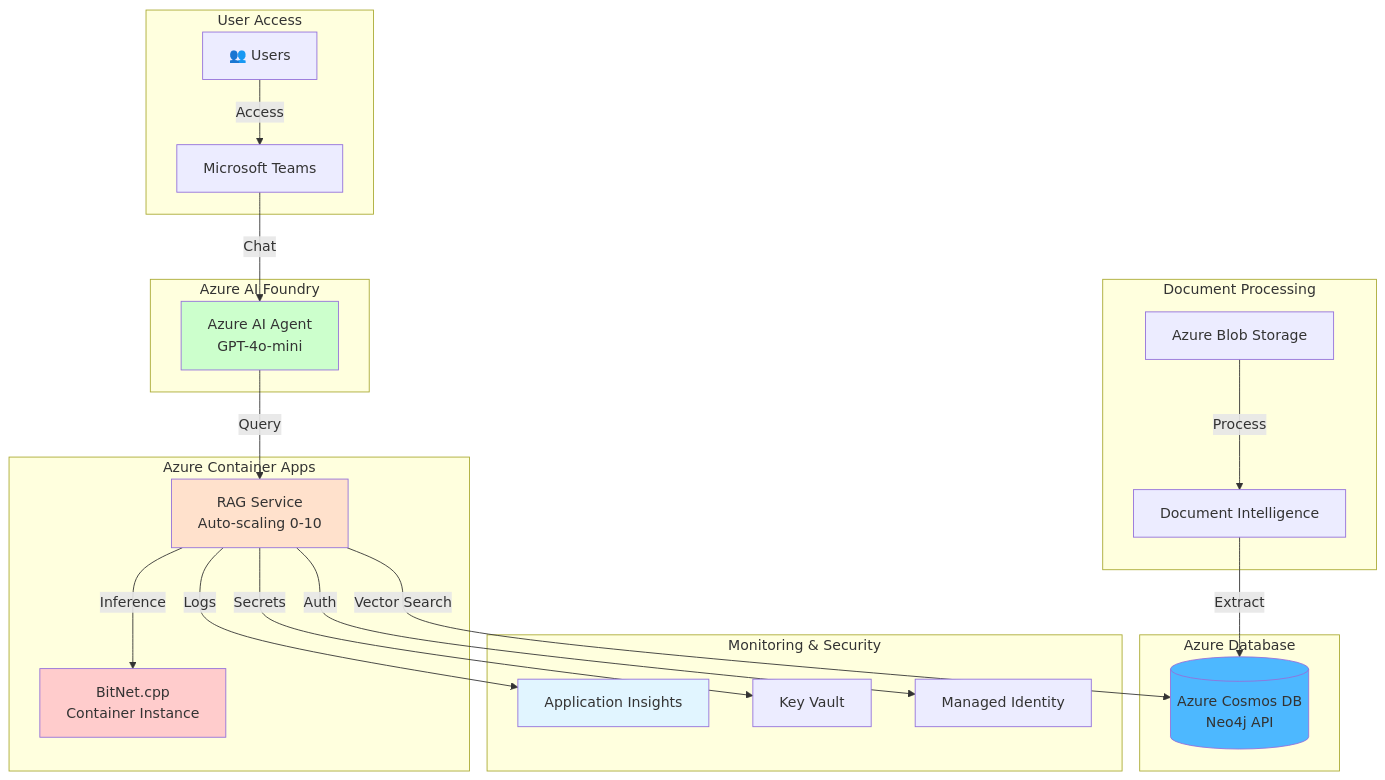
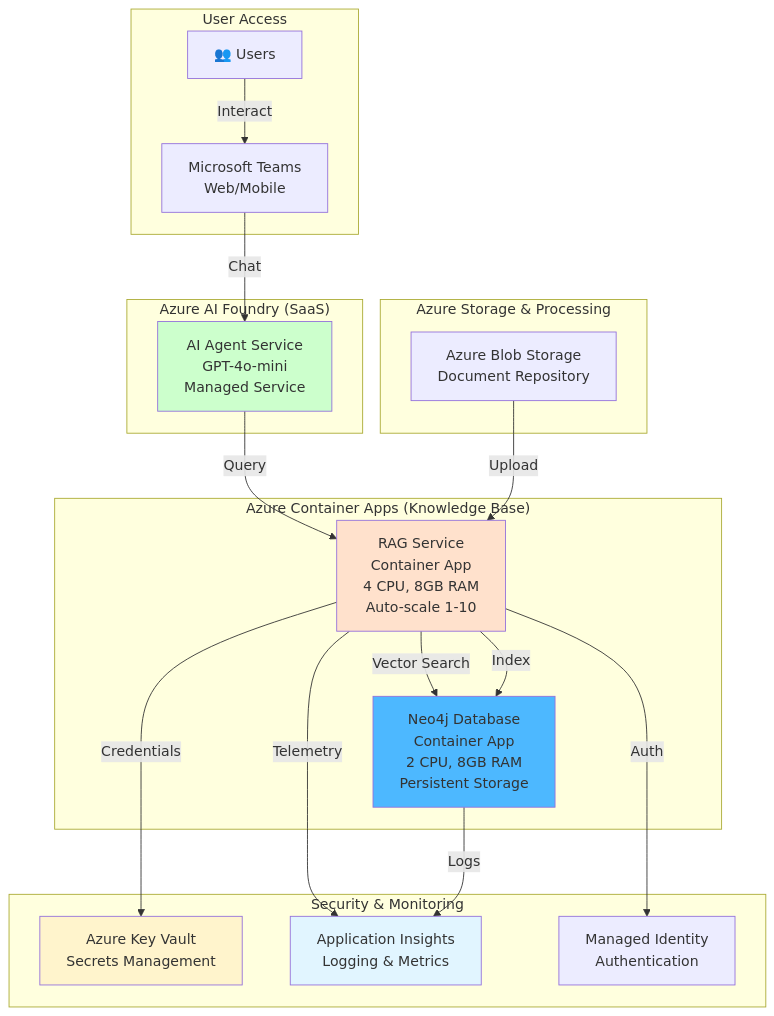
Before and after one commit to ma3u/neo4j-agentframework: the second of 2 diagrams in README.md, drawn with Mermaid. The commit also changed other lines of this file and 55 other files, not shown here.

First line of the commit message:
Comprehensive Playwright test suite, UI fixes, and Azure Container Apps architecture

````diff
--- a/README.md
+++ b/README.md
@@ -102,48 +110,44 @@
 ```mermaid
 graph TB
     subgraph "User Access"
         Users[👥 Users]
-        Teams[Microsoft Teams]
-        Users -->|Access| Teams
+        Teams[Microsoft Teams<br/>Web/Mobile]
+        Users -->|Interact| Teams
     end
 
-    subgraph "Azure AI Foundry"
-        Agent[Azure AI Agent<br/>GPT-4o-mini]
+    subgraph "Azure AI Foundry (SaaS)"
+        Agent[AI Agent Service<br/>GPT-4o-mini<br/>Managed Service]
         Teams -->|Chat| Agent
     end
 
-    subgraph "Azure Container Apps"
-        RAGAPI[RAG Service<br/>Auto-scaling 0-10]
-        BitNetContainer[BitNet.cpp<br/>Container Instance]
-        Agent -->|Query| RAGAPI
-        RAGAPI -->|Inference| BitNetContainer
+    subgraph "Azure Container Apps (Knowledge Base)"
+        Neo4jContainer[Neo4j Database<br/>Container App<br/>2 CPU, 8GB RAM<br/>Persistent Storage]
+        RAGContainer[RAG Service<br/>Container App<br/>4 CPU, 8GB RAM<br/>Auto-scale 1-10]
+
+        Agent -->|Query| RAGContainer
+        RAGContainer -->|Vector Search| Neo4jContainer
     end
 
-    subgraph "Azure Database"
-        CosmosNeo4j[(Azure Cosmos DB<br/>Neo4j API)]
-        RAGAPI -->|Vector Search| CosmosNeo4j
+    subgraph "Azure Storage & Processing"
+        BlobStorage[Azure Blob Storage<br/>Document Repository]
+        BlobStorage -->|Upload| RAGContainer
+        RAGContainer -->|Index| Neo4jContainer
     end
 
-    subgraph "Document Processing"
-        Storage[Azure Blob Storage]
-        DocIntel[Document Intelligence]
-        Storage -->|Process| DocIntel
-        DocIntel -->|Extract| CosmosNeo4j
-    end
+    subgraph "Security & Monitoring"
+        KeyVault[Azure Key Vault<br/>Secrets Management]
+        AppInsights[Application Insights<br/>Logging & Metrics]
+        ManagedID[Managed Identity<br/>Authentication]
 
-    subgraph "Monitoring & Security"
-        AppInsights[Application Insights]
-        KeyVault[Key Vault]
-        ManagedID[Managed Identity]
-
-        RAGAPI -->|Logs| AppInsights
-        RAGAPI -->|Secrets| KeyVault
-        RAGAPI -->|Auth| ManagedID
+        RAGContainer -->|Credentials| KeyVault
+        RAGContainer -->|Telemetry| AppInsights
+        RAGContainer -->|Auth| ManagedID
+        Neo4jContainer -->|Logs| AppInsights
     end
 
     style Agent fill:#ccffcc
-    style RAGAPI fill:#ffe1cc
-    style BitNetContainer fill:#ffcccc
-    style CosmosNeo4j fill:#4db8ff
+    style RAGContainer fill:#ffe1cc
+    style Neo4jContainer fill:#4db8ff
     style AppInsights fill:#e1f5ff
+    style KeyVault fill:#fff4cc
 ```
````
